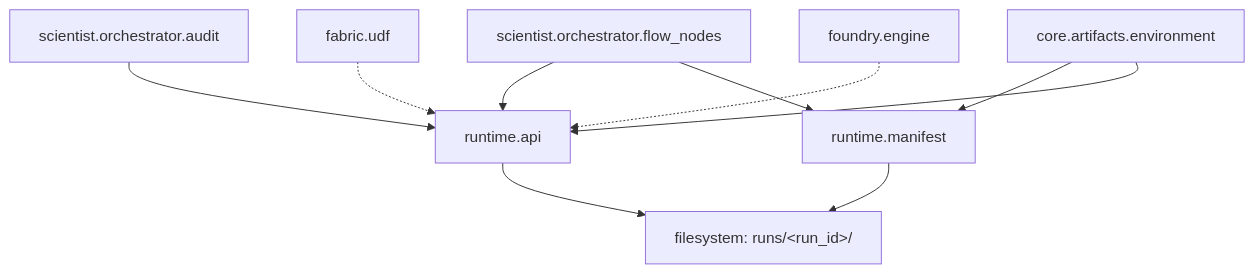
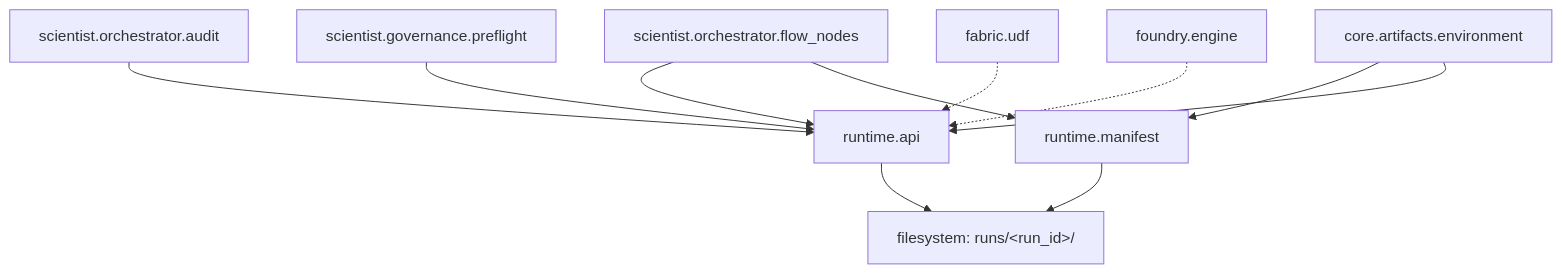
One commit to DenisKopylov/polisyos changed the diagram in policy-engine/src/polisyos/runtime/README.md. Above: the diagram before and after it, drawn with Mermaid. The commit also changed other lines of this file and 68 other files, not shown here.

````diff
--- a/policy-engine/src/polisyos/runtime/README.md
+++ b/policy-engine/src/polisyos/runtime/README.md
@@ -815,12 +833,13 @@
 ```mermaid
 graph TD
     A[scientist.orchestrator.flow_nodes] --> B[runtime.api]
     A --> C[runtime.manifest]
     D[scientist.orchestrator.audit] --> B
+    I[scientist.governance.preflight] --> B
     B --> E[filesystem: runs/&lt;run_id&gt;/]
     C --> E
     F[fabric.udf] -.-> B
     G[foundry.engine] -.-> B
     H[core.artifacts.environment] --> C
     H --> B
 ```
````
